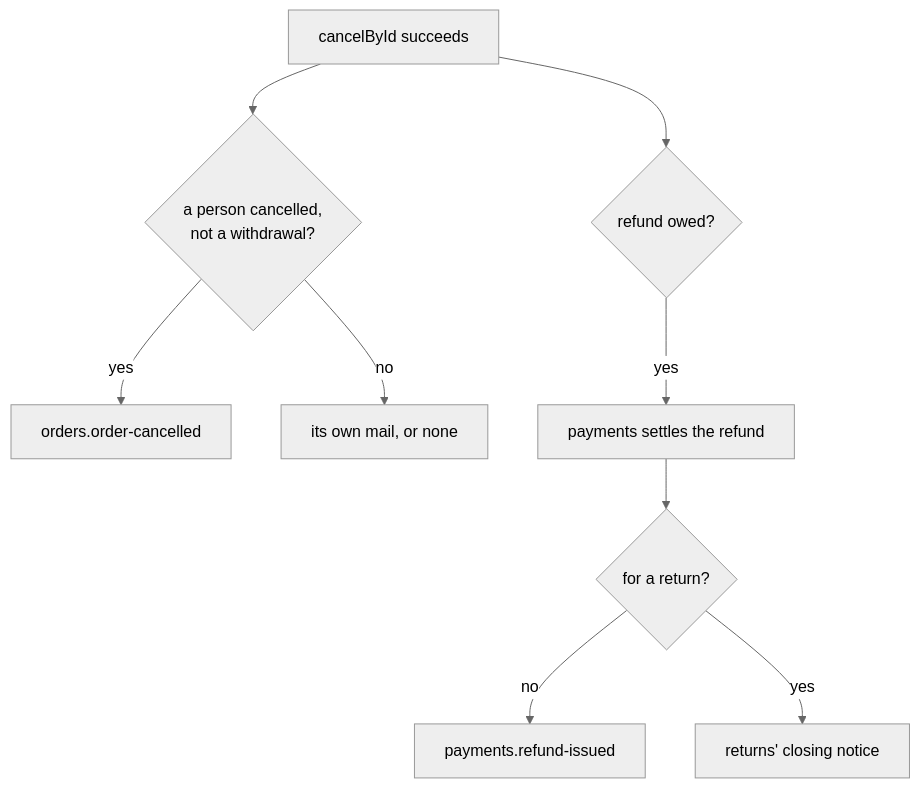
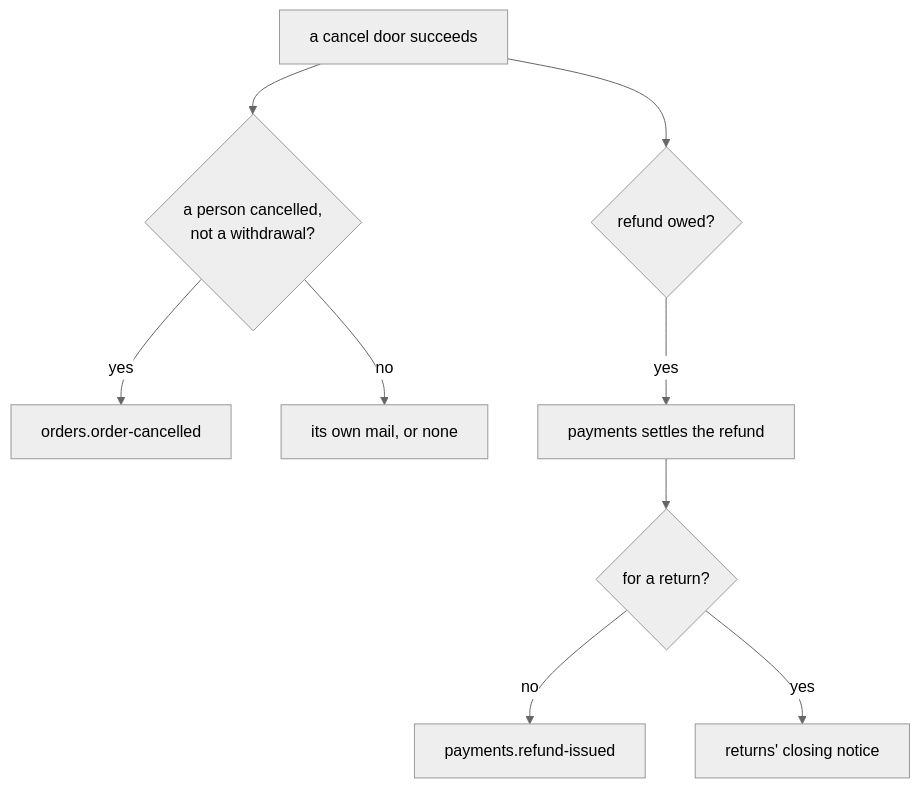
One commit to Guebbit/boilerplate-node-backend changed the eighth of 8 diagrams in docs/modules/orders.md. Above: the diagram before and after it, drawn with Mermaid (neutral theme). The commit also changed other lines of this file and 28 other files, not shown here.

First line of the commit message:
refactor(orders)!: one cancel door per reason, no cancelById

````diff
--- a/docs/modules/orders.md
+++ b/docs/modules/orders.md
@@ -559,11 +598,11 @@
 ```mermaid
 flowchart TD
-    cancel["cancelById succeeds"] --> person{"a person cancelled,<br/>not a withdrawal?"}
+    cancel["a cancel door succeeds"] --> person{"a person cancelled,<br/>not a withdrawal?"}
     person -- yes --> cancelled["orders.order-cancelled"]
     person -- no --> own["its own mail, or none"]
     cancel --> owed{"refund owed?"}
     owed -- yes --> refund["payments settles the refund"]
     refund --> ret{"for a return?"}
     ret -- no --> refunded["payments.refund-issued"]
     ret -- yes --> closed["returns' closing notice"]
 ```
````
